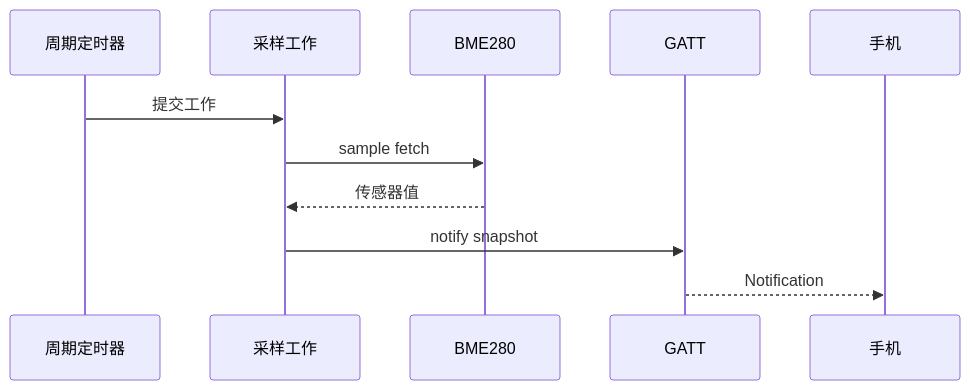
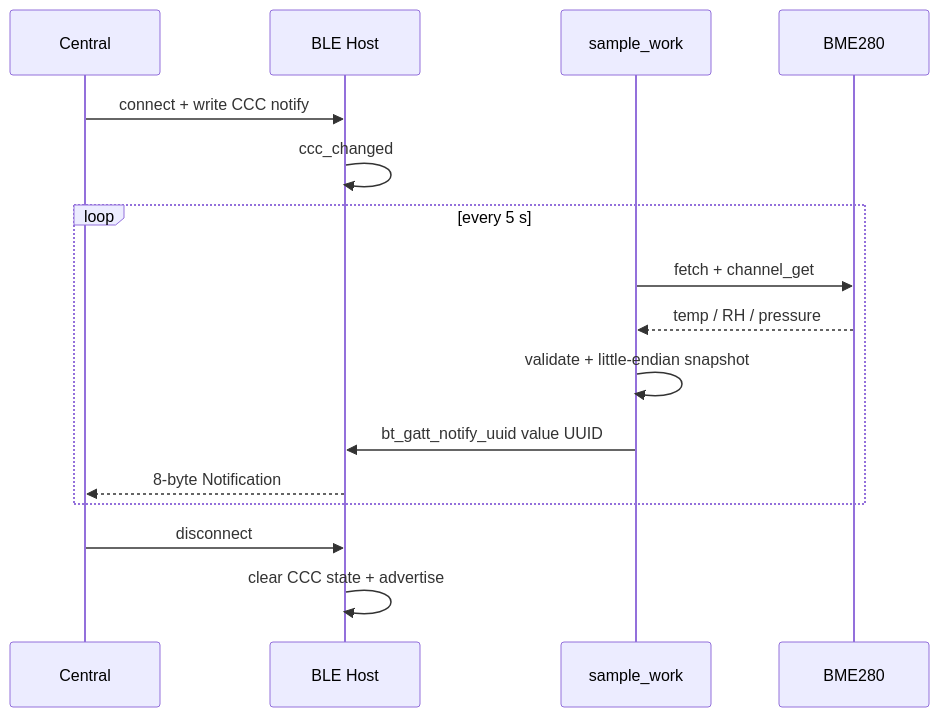
Before and after one commit to cdragon-ljl/EEandEdgeAI: the second of 2 diagrams in docs/articles/zephyr/zephyr-15-ble-sensor-data-upload.md, drawn with Mermaid. The commit also changed other lines of this file and 35 other files, not shown here.

````diff
--- a/docs/articles/zephyr/zephyr-15-ble-sensor-data-upload.md
+++ b/docs/articles/zephyr/zephyr-15-ble-sensor-data-upload.md
@@ -101,13 +430,18 @@
 ```mermaid
 sequenceDiagram
-    participant T as 周期定时器
-    participant W as 采样工作
-    participant S as BME280
-    participant G as GATT
-    participant M as 手机
-    T->>W: 提交工作
-    W->>S: sample fetch
-    S-->>W: 传感器值
-    W->>G: notify snapshot
-    G-->>M: Notification
+    participant C as Central
+    participant H as BLE Host
+    participant W as sample_work
+    participant B as BME280
+    C->>H: connect + write CCC notify
+    H->>H: ccc_changed
+    loop every 5 s
+        W->>B: fetch + channel_get
+        B-->>W: temp / RH / pressure
+        W->>W: validate + little-endian snapshot
+        W->>H: bt_gatt_notify_uuid value UUID
+        H-->>C: 8-byte Notification
+    end
+    C->>H: disconnect
+    H->>H: clear CCC state + advertise
 ```
````
